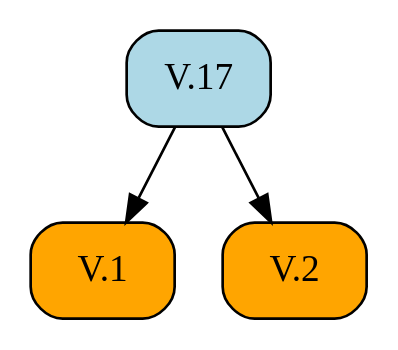
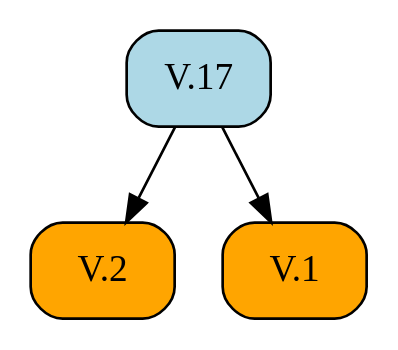
One commit to geometor/elements changed the diagram in docsrc/elements2/V/17/index.rst. Above: the diagram before and after it, drawn with Graphviz. The commit also changed other lines of this file and 171 other files, not shown here.

```diff
--- a/docsrc/elements2/V/17/index.rst
+++ b/docsrc/elements2/V/17/index.rst
@@ -82,11 +82,11 @@
 .. graphviz::
 
    digraph {
      rankdir="TB";
      node [shape=box, style=rounded];
+     "V.2" [style="rounded,filled", fillcolor=orange, URL="/elements2/V/2/", target="_top"];
      "V.1" [style="rounded,filled", fillcolor=orange, URL="/elements2/V/1/", target="_top"];
-     "V.2" [style="rounded,filled", fillcolor=orange, URL="/elements2/V/2/", target="_top"];
      "V.17" [style="rounded,filled", fillcolor=lightblue, URL="/elements2/V/17/", target="_top"];
+     "V.17" -> "V.2";
      "V.17" -> "V.1";
-     "V.17" -> "V.2";
    }
```
